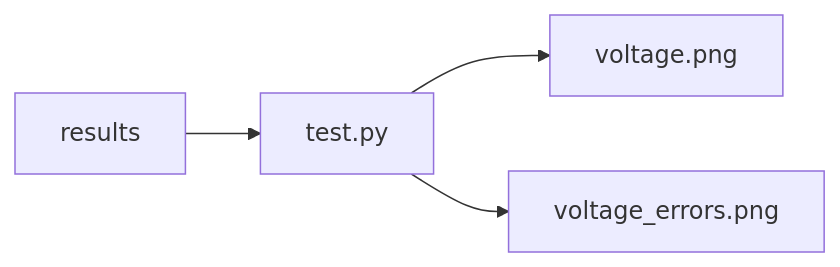
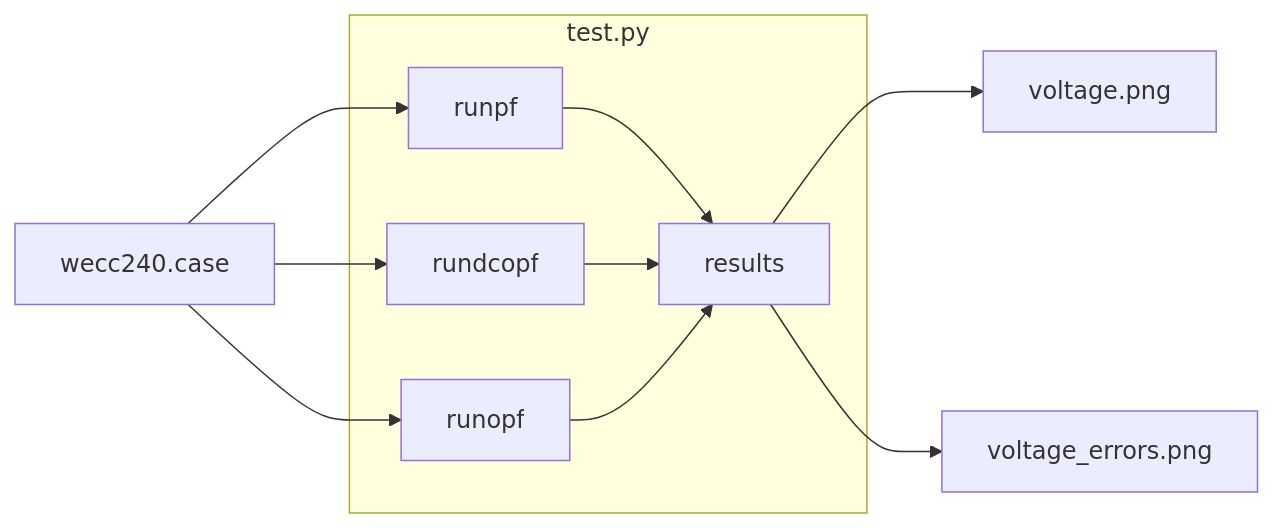
Before and after one commit to slacgismo/regrow: the third of 3 diagrams in pypower/README.md, drawn with Mermaid. The commit also changed other lines of this file, not shown here.

````diff
--- a/pypower/README.md
+++ b/pypower/README.md
@@ -150,6 +137,17 @@
 ```mermaid
 flowchart LR
-    results --> test.py
-    test.py --> voltage.png
-    test.py --> voltage_errors.png
+
+    wecc240.case --> runpf
+    wecc240.case --> rundcopf
+    wecc240.case --> runopf
+
+    subgraph test.py
+        
+        runpf --> results
+        rundcopf --> results
+        runopf --> results
+
+    end
+    results --> voltage.png
+    results --> voltage_errors.png
 ```
````
